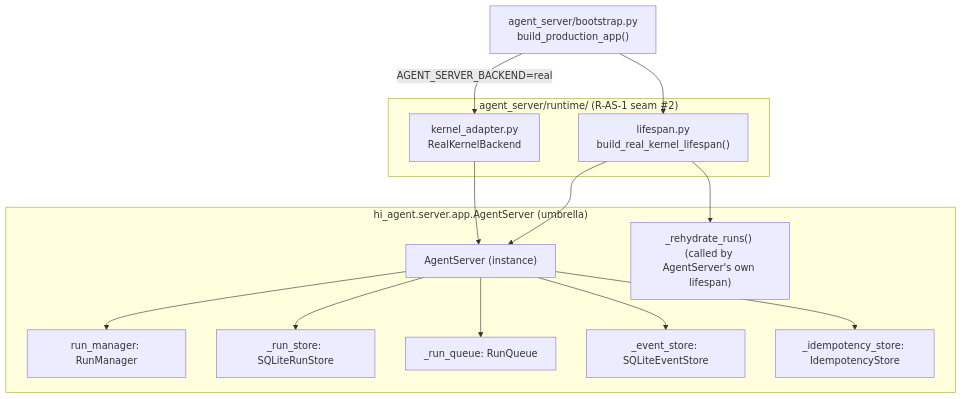
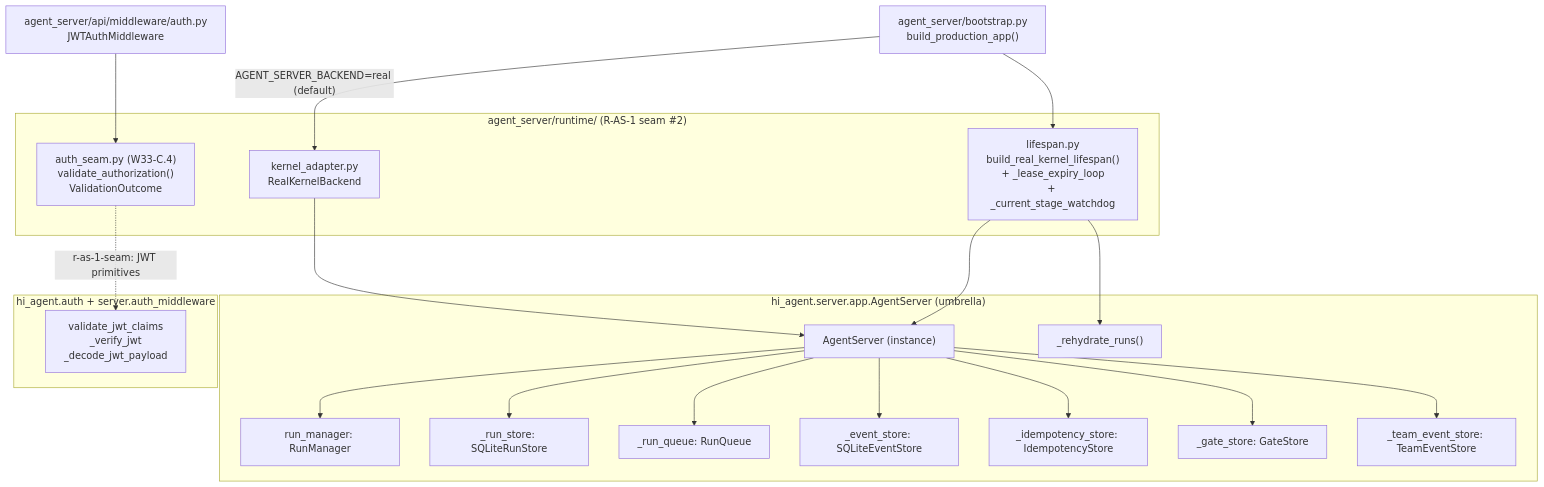
One commit to chaosxingxc-orion/hi-agent changed the first of 3 diagrams in agent_server/runtime/ARCHITECTURE.md. Above: the diagram before and after it, drawn with Mermaid. The commit also changed other lines of this file and 6 other files, not shown here.

````diff
--- a/agent_server/runtime/ARCHITECTURE.md
+++ b/agent_server/runtime/ARCHITECTURE.md
@@ -56,30 +62,42 @@
 ```mermaid
 graph TD
     subgraph runtime["agent_server/runtime/ (R-AS-1 seam #2)"]
         ADAPTER["kernel_adapter.py<br/>RealKernelBackend"]
-        LIFESPAN["lifespan.py<br/>build_real_kernel_lifespan()"]
+        LIFESPAN["lifespan.py<br/>build_real_kernel_lifespan()<br/>+ _lease_expiry_loop<br/>+ _current_stage_watchdog"]
+        AUTH["auth_seam.py (W33-C.4)<br/>validate_authorization()<br/>ValidationOutcome"]
     end
 
     subgraph hi_agent_umbrella["hi_agent.server.app.AgentServer (umbrella)"]
         AS["AgentServer (instance)"]
         RM["run_manager: RunManager"]
         RS["_run_store: SQLiteRunStore"]
         RQ["_run_queue: RunQueue"]
         ES["_event_store: SQLiteEventStore"]
         IS["_idempotency_store: IdempotencyStore"]
-        REHYDRATE["_rehydrate_runs() (called by AgentServer's own lifespan)"]
+        GS["_gate_store: GateStore"]
+        TS["_team_event_store: TeamEventStore"]
+        REHYDRATE["_rehydrate_runs()"]
+    end
+
+    subgraph hi_agent_auth["hi_agent.auth + server.auth_middleware"]
+        JWTPRIM["validate_jwt_claims<br/>_verify_jwt<br/>_decode_jwt_payload"]
     end
 
     BOOTSTRAP["agent_server/bootstrap.py<br/>build_production_app()"]
+    APIMW["agent_server/api/middleware/auth.py<br/>JWTAuthMiddleware"]
 
-    BOOTSTRAP -->|"AGENT_SERVER_BACKEND=real"| ADAPTER
+    BOOTSTRAP -->|"AGENT_SERVER_BACKEND=real (default)"| ADAPTER
     BOOTSTRAP --> LIFESPAN
     LIFESPAN --> AS
     ADAPTER --> AS
     AS --> RM
     AS --> RS
     AS --> RQ
     AS --> ES
     AS --> IS
+    AS --> GS
+    AS --> TS
     LIFESPAN --> REHYDRATE
+    APIMW --> AUTH
+    AUTH -. "r-as-1-seam: JWT primitives" .-> JWTPRIM
 ```
````
